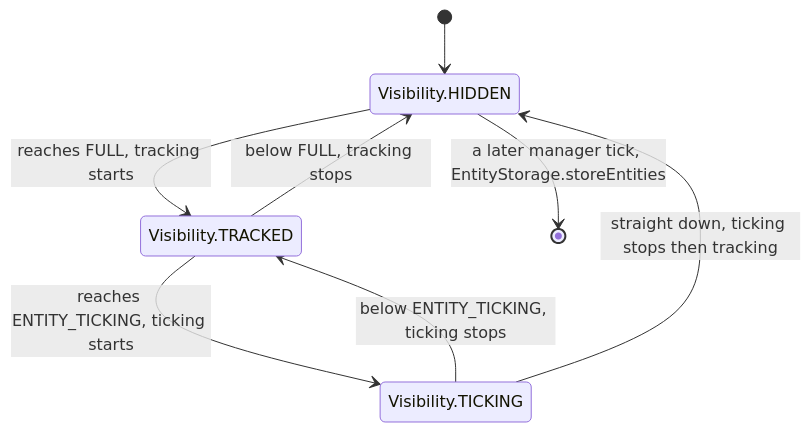
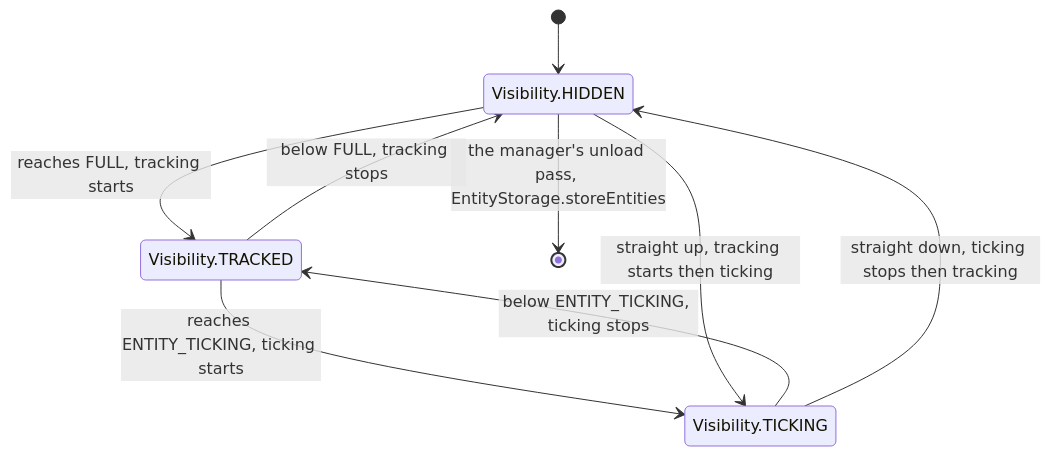
Before and after one commit to AlexanderjFraser/MinecraftDocs: the fourth of 4 diagrams in src/systems/entities/entity-lifecycle.md, drawn with Mermaid. The commit also changed other lines of this file and 13 other files, not shown here.

````diff
--- a/src/systems/entities/entity-lifecycle.md
+++ b/src/systems/entities/entity-lifecycle.md
@@ -364,13 +367,14 @@
 ```mermaid
 stateDiagram-v2
     state "Visibility.HIDDEN" as H
     state "Visibility.TRACKED" as T
     state "Visibility.TICKING" as K
     [*] --> H
     H --> T : reaches FULL, tracking starts
     T --> K : reaches ENTITY_TICKING, ticking starts
+    H --> K : straight up, tracking starts then ticking
     K --> T : below ENTITY_TICKING, ticking stops
     T --> H : below FULL, tracking stops
     K --> H : straight down, ticking stops then tracking
-    H --> [*] : a later manager tick, EntityStorage.storeEntities
+    H --> [*] : the manager's unload pass, EntityStorage.storeEntities
 ```
````
